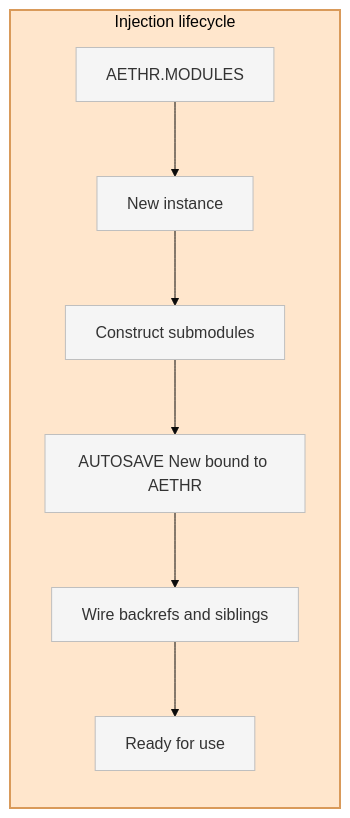
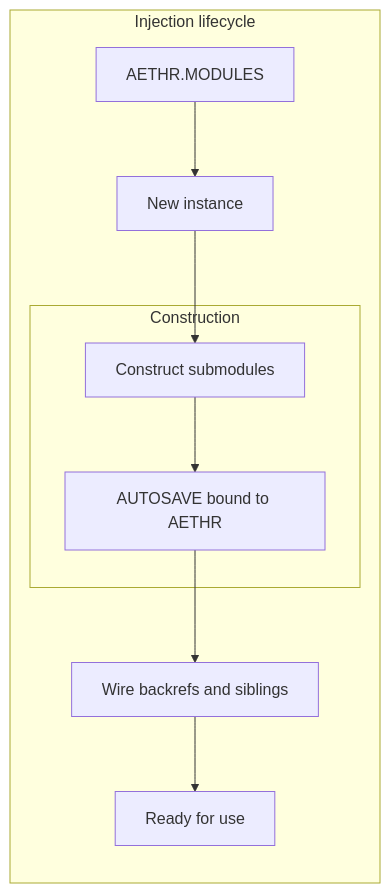
Before and after one commit to Gh0st352/AETHR: the first of 3 diagrams in docs/autosave/README.md, drawn with Mermaid. The commit also changed other lines of this file, not shown here.

Commit message:
docs(autosave, mermaid): normalize headings, adopt shared Mermaid theme, restructure diagrams and standardize classes

````diff
--- a/docs/autosave/README.md
+++ b/docs/autosave/README.md
@@ -23,20 +23,22 @@
 ```mermaid
-%%{init: {"theme":"base", "themeVariables": {"primaryColor":"#f5f5f5"}}}%%
+%% shared theme: docs/_mermaid/theme.json %%
 flowchart LR
-  subgraph INJ [Injection lifecycle]
-    style INJ fill:#ffe6cc,stroke:#d99a5a,stroke-width:2px
+  subgraph INJ ["Injection lifecycle"]
     M[AETHR.MODULES]
     N[New instance]
-    P1[Construct submodules]
-    AU[AUTOSAVE New bound to AETHR]
+    subgraph CONSTRUCT ["Construction"]
+      P1[Construct submodules]
+      AU[AUTOSAVE bound to AETHR]
+    end
     P2[Wire backrefs and siblings]
     RT[Ready for use]
     M --> N
     N --> P1
     P1 --> AU
     AU --> P2
     P2 --> RT
   end
-  classDef injNode fill:#f5f5f5,stroke:#bfbfbf,stroke-width:1px
-  class M,N,P1,AU,P2,RT injNode
+  class M class_data;
+  class N,P1,P2 class_step;
+  class AU,RT class_result;
 ```
````
